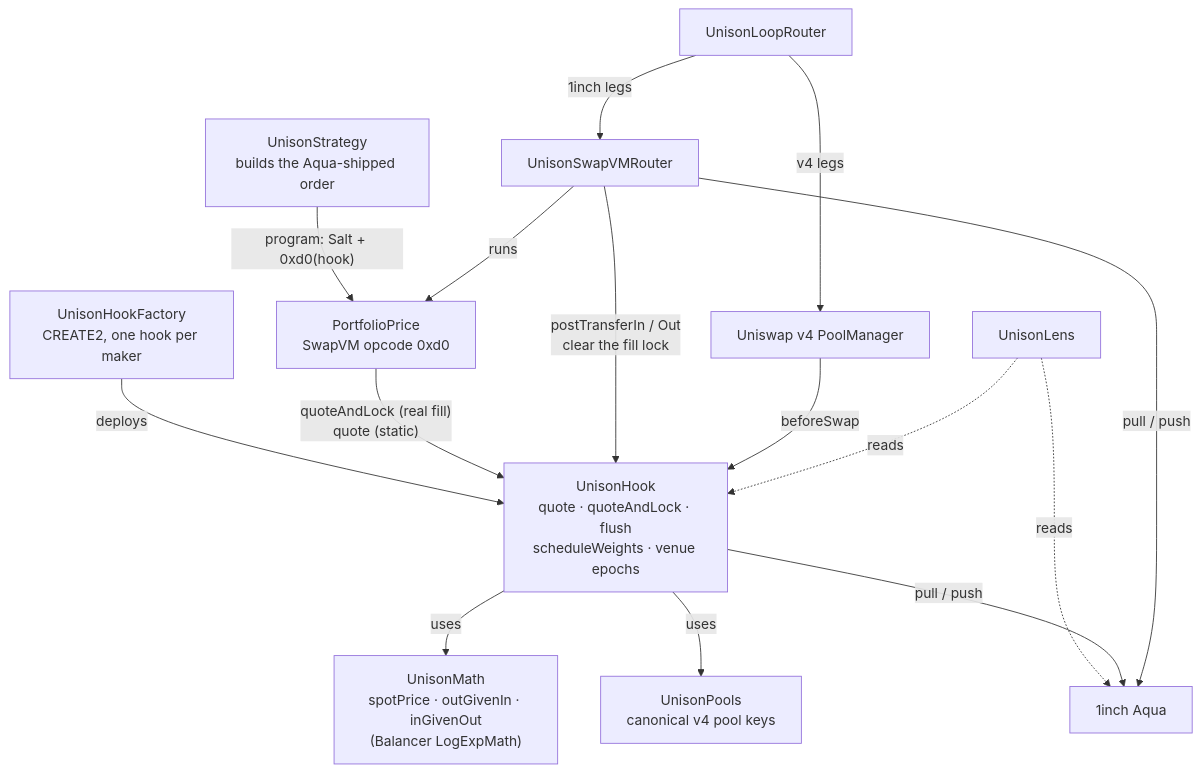
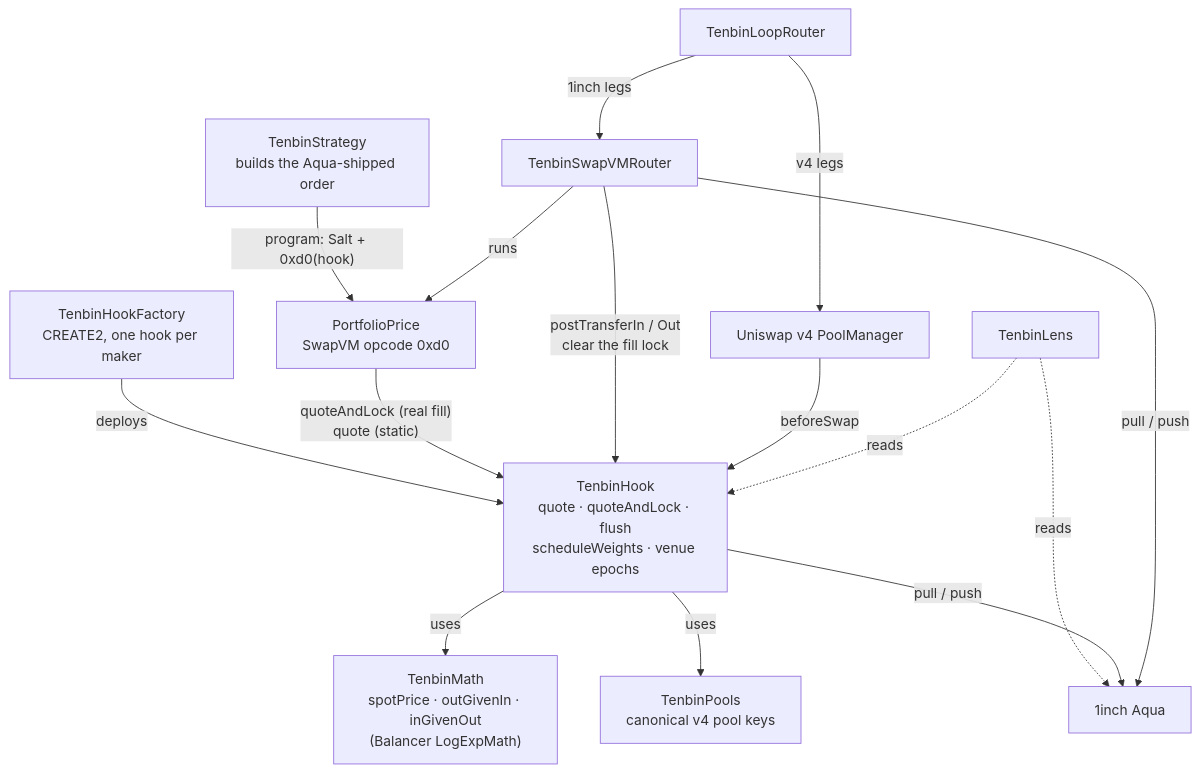
The fourth of 8 diagrams in README.md (Abhist17/mohur), drawn with Mermaid before and after one commit. The commit also changed other lines of this file and 157 other files, not shown here.

````diff
--- a/README.md
+++ b/README.md
@@ -178,17 +178,17 @@
 ```mermaid
 flowchart TB
-    F["UnisonHookFactory<br/>CREATE2, one hook per maker"] -- deploys --> H["UnisonHook<br/>quote · quoteAndLock · flush<br/>scheduleWeights · venue epochs"]
-    H -- uses --> M["UnisonMath<br/>spotPrice · outGivenIn · inGivenOut<br/>(Balancer LogExpMath)"]
-    H -- uses --> P["UnisonPools<br/>canonical v4 pool keys"]
-    S["UnisonStrategy<br/>builds the Aqua-shipped order"] -- "program: Salt + 0xd0(hook)" --> PP["PortfolioPrice<br/>SwapVM opcode 0xd0"]
-    R["UnisonSwapVMRouter"] -- "runs" --> PP
+    F["TenbinHookFactory<br/>CREATE2, one hook per maker"] -- deploys --> H["TenbinHook<br/>quote · quoteAndLock · flush<br/>scheduleWeights · venue epochs"]
+    H -- uses --> M["TenbinMath<br/>spotPrice · outGivenIn · inGivenOut<br/>(Balancer LogExpMath)"]
+    H -- uses --> P["TenbinPools<br/>canonical v4 pool keys"]
+    S["TenbinStrategy<br/>builds the Aqua-shipped order"] -- "program: Salt + 0xd0(hook)" --> PP["PortfolioPrice<br/>SwapVM opcode 0xd0"]
+    R["TenbinSwapVMRouter"] -- "runs" --> PP
     PP -- "quoteAndLock (real fill)<br/>quote (static)" --> H
     R -- "postTransferIn / Out<br/>clear the fill lock" --> H
-    LoopR["UnisonLoopRouter"] -- "v4 legs" --> PM["Uniswap v4 PoolManager"]
+    LoopR["TenbinLoopRouter"] -- "v4 legs" --> PM["Uniswap v4 PoolManager"]
     LoopR -- "1inch legs" --> R
     PM -- "beforeSwap" --> H
-    L["UnisonLens"] -. reads .-> H
+    L["TenbinLens"] -. reads .-> H
     L -. reads .-> AQ["1inch Aqua"]
     H -- "pull / push" --> AQ
     R -- "pull / push" --> AQ
 ```
````
